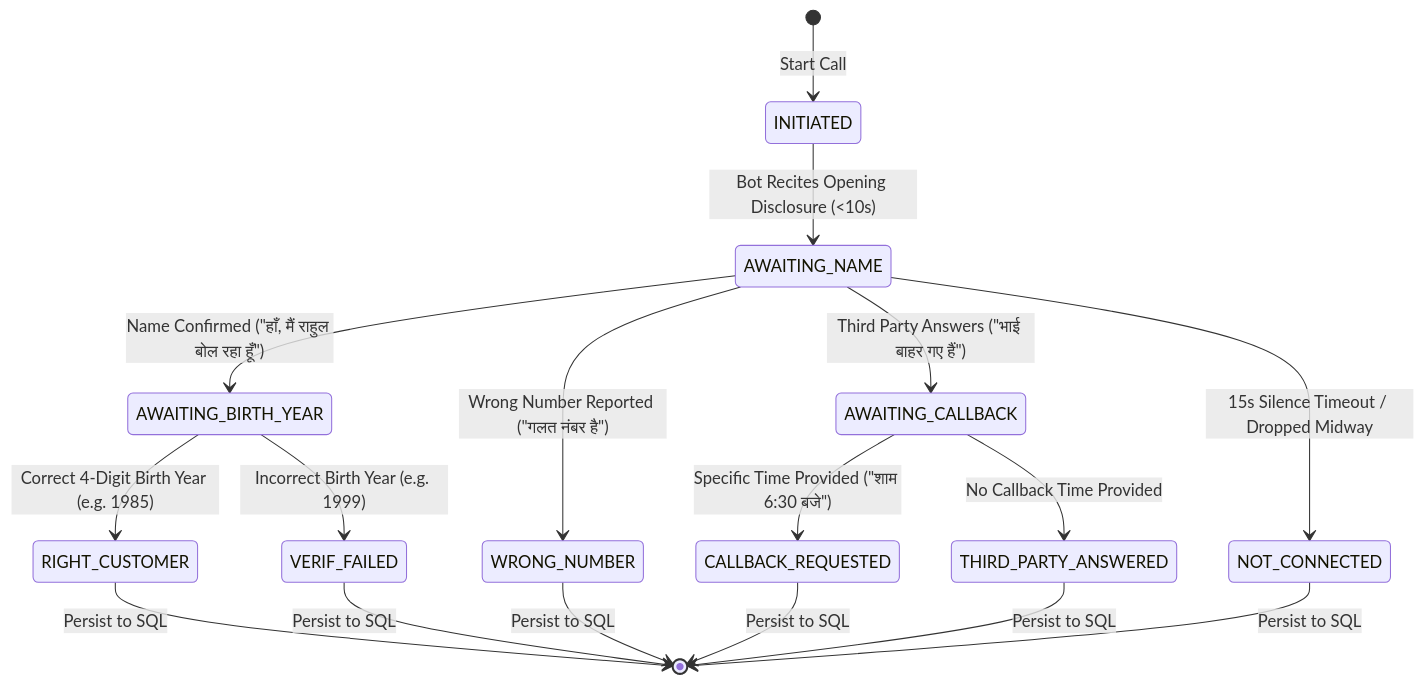
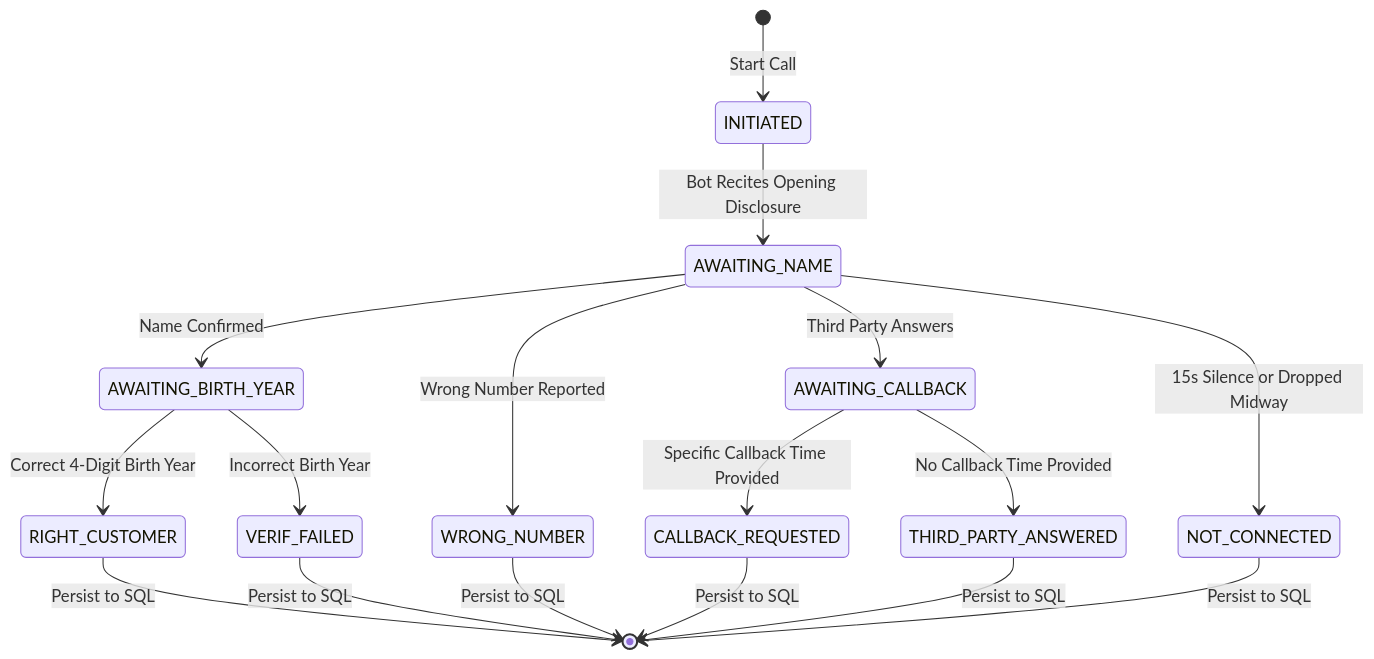
Before and after one commit to HIMpcgithub3000/Shahfin: the second of 2 diagrams in README.md, drawn with Mermaid. The commit also changed other lines of this file and 1 other file, not shown here.

Commit message:
fix(docs): quote node labels and edge texts in Mermaid diagrams to fix GitHub parser syntax error

````diff
--- a/README.md
+++ b/README.md
@@ -105,23 +106,23 @@
 ```mermaid
 stateDiagram-v2
     [*] --> INITIATED: Start Call
-    INITIATED --> AWAITING_NAME: Bot Recites Opening Disclosure (<10s)
+    INITIATED --> AWAITING_NAME: Bot Recites Opening Disclosure
     
-    AWAITING_NAME --> AWAITING_BIRTH_YEAR: Name Confirmed ("हाँ, मैं राहुल बोल रहा हूँ")
-    AWAITING_NAME --> WRONG_NUMBER: Wrong Number Reported ("गलत नंबर है")
-    AWAITING_NAME --> AWAITING_CALLBACK: Third Party Answers ("भाई बाहर गए हैं")
-    AWAITING_NAME --> NOT_CONNECTED: 15s Silence Timeout / Dropped Midway
+    AWAITING_NAME --> AWAITING_BIRTH_YEAR: Name Confirmed
+    AWAITING_NAME --> WRONG_NUMBER: Wrong Number Reported
+    AWAITING_NAME --> AWAITING_CALLBACK: Third Party Answers
+    AWAITING_NAME --> NOT_CONNECTED: 15s Silence or Dropped Midway
     
-    AWAITING_BIRTH_YEAR --> RIGHT_CUSTOMER: Correct 4-Digit Birth Year (e.g. 1985)
-    AWAITING_BIRTH_YEAR --> VERIF_FAILED: Incorrect Birth Year (e.g. 1999)
+    AWAITING_BIRTH_YEAR --> RIGHT_CUSTOMER: Correct 4-Digit Birth Year
+    AWAITING_BIRTH_YEAR --> VERIF_FAILED: Incorrect Birth Year
     
-    AWAITING_CALLBACK --> CALLBACK_REQUESTED: Specific Time Provided ("शाम 6:30 बजे")
+    AWAITING_CALLBACK --> CALLBACK_REQUESTED: Specific Callback Time Provided
     AWAITING_CALLBACK --> THIRD_PARTY_ANSWERED: No Callback Time Provided
     
     RIGHT_CUSTOMER --> [*]: Persist to SQL
     VERIF_FAILED --> [*]: Persist to SQL
     WRONG_NUMBER --> [*]: Persist to SQL
     CALLBACK_REQUESTED --> [*]: Persist to SQL
     THIRD_PARTY_ANSWERED --> [*]: Persist to SQL
     NOT_CONNECTED --> [*]: Persist to SQL
 ```
````
